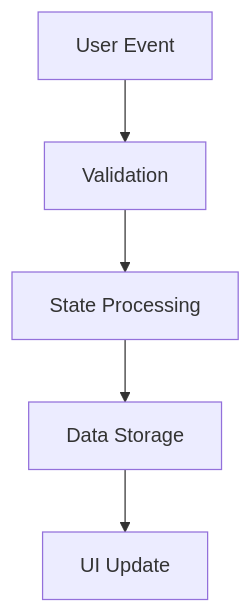
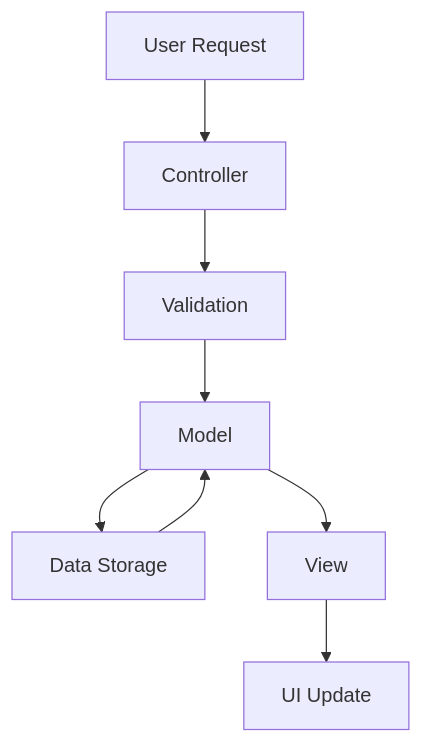
Before and after one commit to hermesthecat/odeme_takip: the third of 4 diagrams in memory-bank/systemPatterns.md, drawn with Mermaid. The commit also changed other lines of this file and 5 other files, not shown here.

Commit message:
Refactor project documentation to reflect transition from PWA to PHP/MySQL architecture, update core functionality, and enhance user authentication details.

````diff
--- a/memory-bank/systemPatterns.md
+++ b/memory-bank/systemPatterns.md
@@ -106,7 +77,10 @@
 ```mermaid
 graph TD
-    UE[User Event] --> VL[Validation]
-    VL --> SP[State Processing]
-    SP --> DS[Data Storage]
-    DS --> UI[UI Update]
+    UR[User Request] --> C[Controller]
+    C --> VL[Validation]
+    VL --> M[Model]
+    M --> DB[Data Storage]
+    DB --> M
+    M --> V[View]
+    V --> UI[UI Update]
 ```
````
